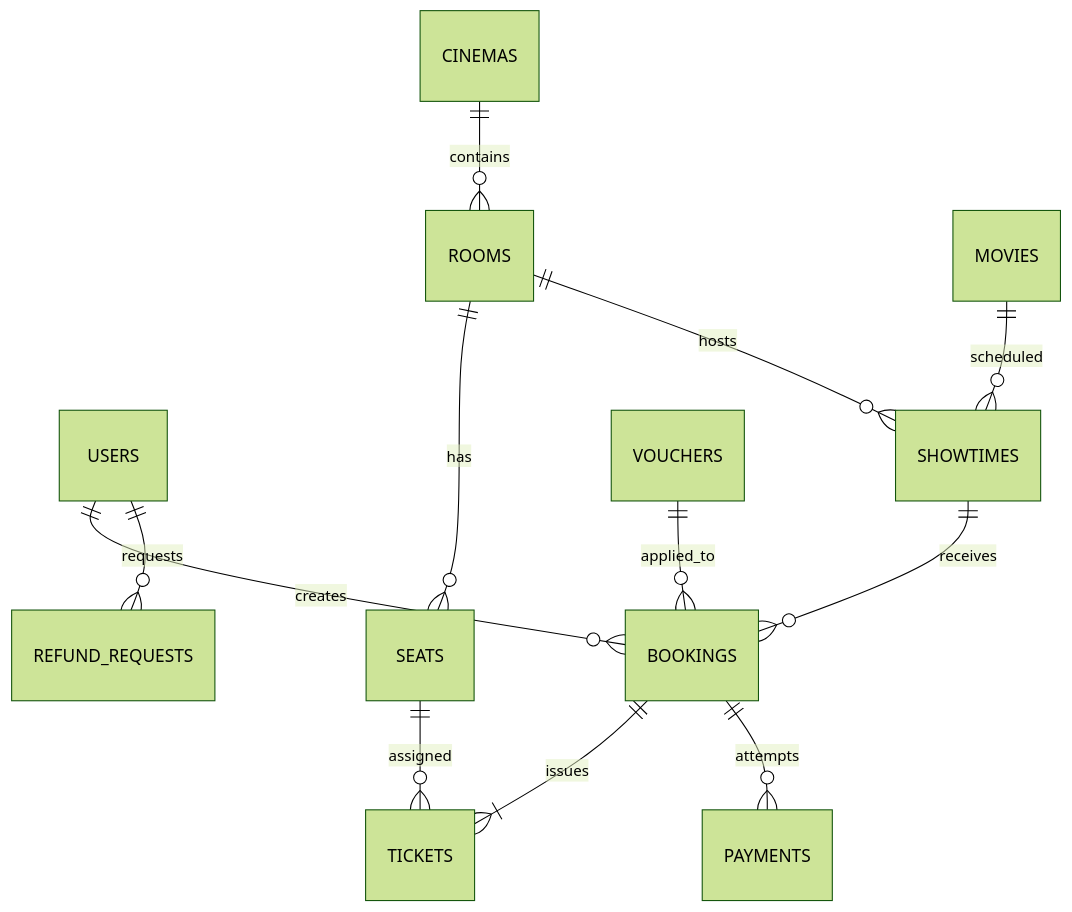
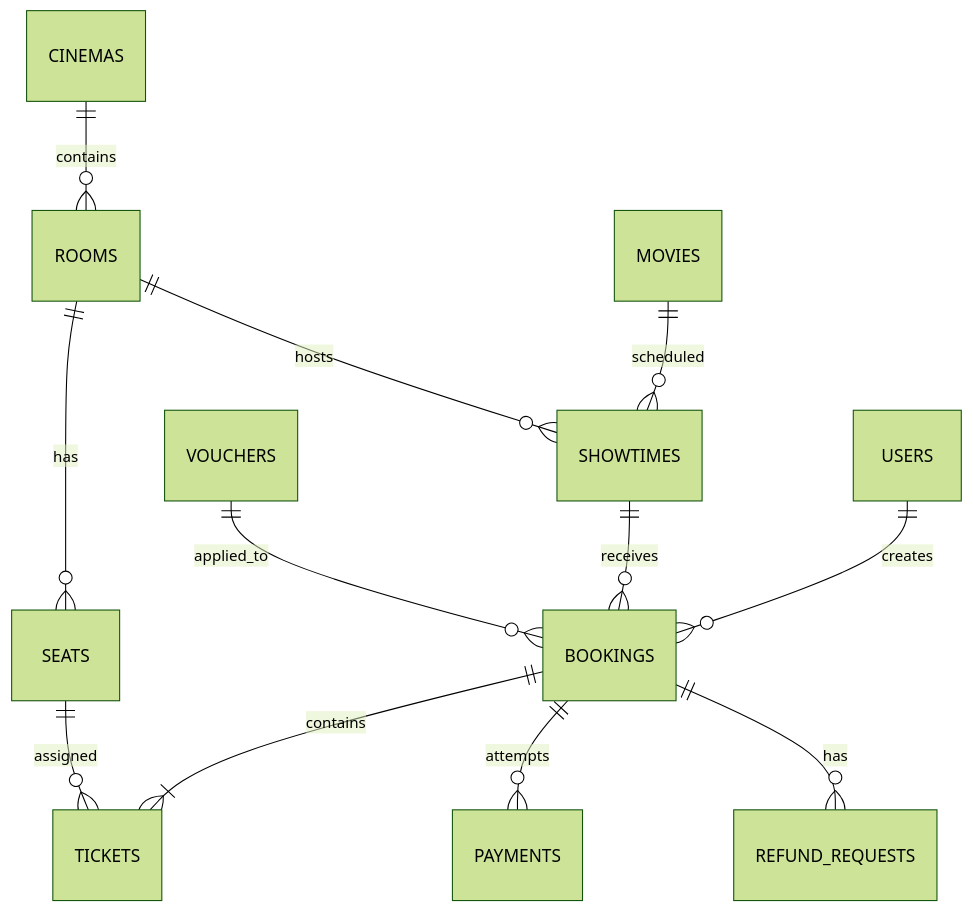
Before and after one commit to dnthtrucs/CinemaStar: the diagram in docs/ARCHITECTURE.md, drawn with Mermaid (forest theme). The commit also changed other lines of this file, not shown here.

````diff
--- a/docs/ARCHITECTURE.md
+++ b/docs/ARCHITECTURE.md
@@ -17,14 +17,14 @@
-~~~mermaid
+```mermaid
 erDiagram
     USERS ||--o{ BOOKINGS : creates
-    USERS ||--o{ REFUND_REQUESTS : requests
     CINEMAS ||--o{ ROOMS : contains
     ROOMS ||--o{ SEATS : has
     MOVIES ||--o{ SHOWTIMES : scheduled
     ROOMS ||--o{ SHOWTIMES : hosts
     SHOWTIMES ||--o{ BOOKINGS : receives
-    BOOKINGS ||--|{ TICKETS : issues
+    BOOKINGS ||--|{ TICKETS : contains
     SEATS ||--o{ TICKETS : assigned
     BOOKINGS ||--o{ PAYMENTS : attempts
+    BOOKINGS ||--o{ REFUND_REQUESTS : has
     VOUCHERS ||--o{ BOOKINGS : applied_to
-~~~
+```
````
